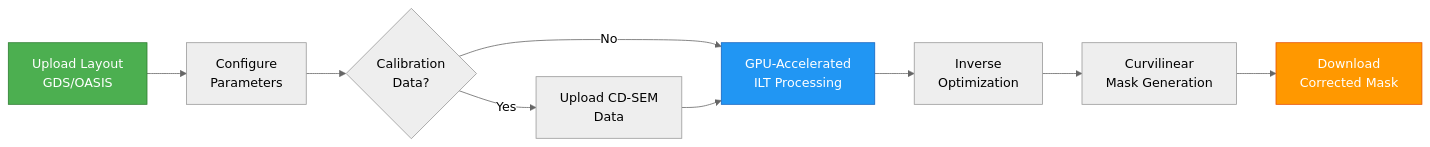
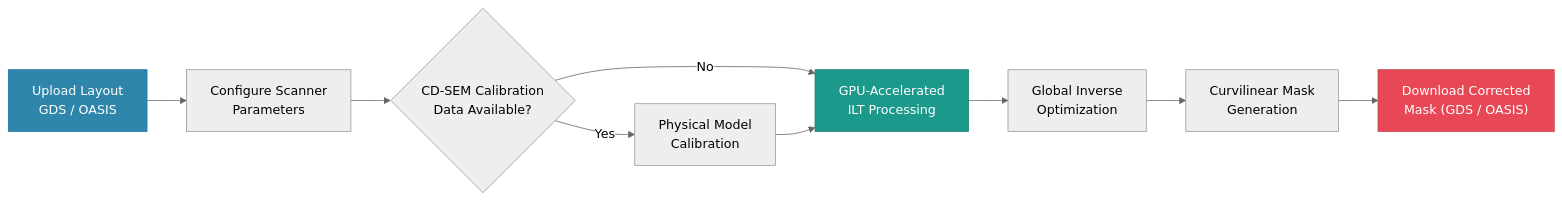
One commit to opc-cloud-platform/opc-cloud-platform changed the diagram in README.md. Above: the diagram before and after it, drawn with Mermaid (neutral theme). The commit also changed other lines of this file and 10 other files, not shown here.

````diff
--- a/README.md
+++ b/README.md
@@ -288,15 +165,15 @@
 ```mermaid
-graph LR
-    A[Upload Layout<br/>GDS/OASIS] --> B[Configure<br/>Parameters]
-    B --> C{Calibration<br/>Data?}
-    C -->|Yes| D[Upload CD-SEM<br/>Data]
-    C -->|No| E[GPU-Accelerated<br/>ILT Processing]
+flowchart LR
+    A["Upload Layout<br>GDS / OASIS"] --> B["Configure Scanner<br>Parameters"]
+    B --> C{"CD-SEM Calibration<br>Data Available?"}
+    C -->|Yes| D["Physical Model<br>Calibration"]
+    C -->|No| E["GPU-Accelerated<br>ILT Processing"]
     D --> E
-    E --> F[Inverse<br/>Optimization]
-    F --> G[Curvilinear<br/>Mask Generation]
-    G --> H[Download<br/>Corrected Mask]
-    
-    style A fill:#4CAF50,stroke:#2E7D32,color:#fff
-    style E fill:#2196F3,stroke:#1565C0,color:#fff
-    style H fill:#FF9800,stroke:#E65100,color:#fff
+    E --> F["Global Inverse<br>Optimization"]
+    F --> G["Curvilinear Mask<br>Generation"]
+    G --> H["Download Corrected<br>Mask (GDS / OASIS)"]
+
+    style A fill:#2E86AB,stroke:#1B6CA8,color:#fff
+    style E fill:#1B998B,stroke:#157A6E,color:#fff
+    style H fill:#E84855,stroke:#C23B45,color:#fff
 ```
````
